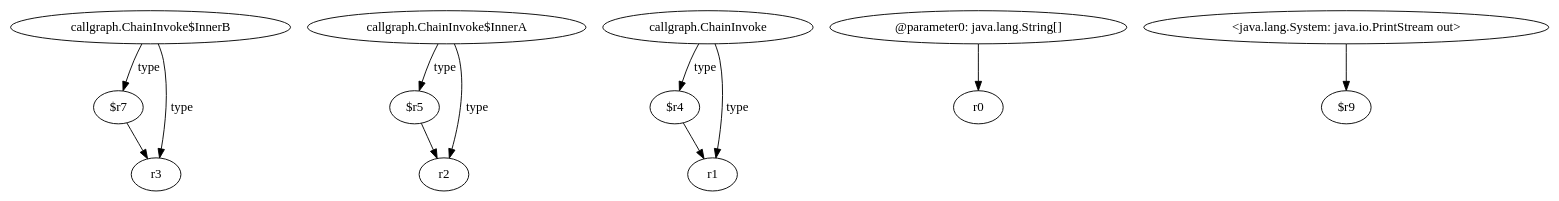
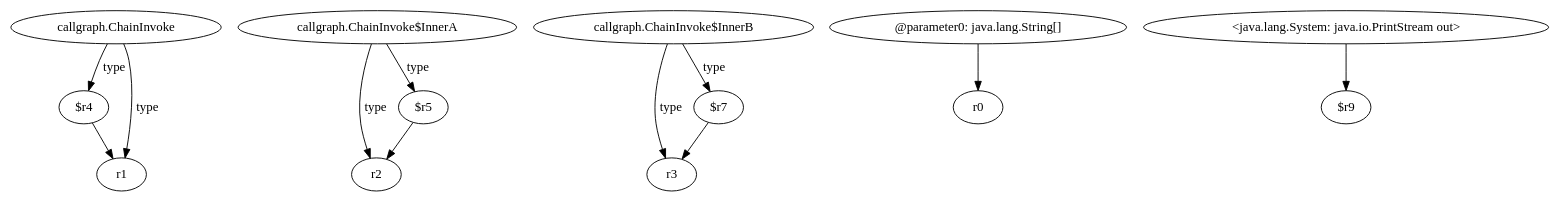
The diagram in relation2/<callgraph.ChainInvoke: void main(java.lang.String[])>.dot (SeanCoek/zString), drawn with Graphviz before and after one commit. The commit also changed 4443 other files, not shown here.

```diff
--- a/relation2/<callgraph.ChainInvoke: void main(java.lang.String[])>.dot
+++ b/relation2/<callgraph.ChainInvoke: void main(java.lang.String[])>.dot
@@ -1,26 +1,26 @@
 digraph g {
-0[label="callgraph.ChainInvoke$InnerB"]
-1[label="$r7"]
+0[label="callgraph.ChainInvoke"]
+1[label="$r4"]
 0->1[label="type"]
-2[label="r3"]
-1->2[label=""]
-3[label="$r5"]
-4[label="r2"]
-3->4[label=""]
-5[label="$r4"]
-6[label="r1"]
-5->6[label=""]
-7[label="callgraph.ChainInvoke$InnerA"]
-7->3[label="type"]
-8[label="callgraph.ChainInvoke"]
-8->6[label="type"]
-7->4[label="type"]
+2[label="callgraph.ChainInvoke$InnerA"]
+3[label="r2"]
+2->3[label="type"]
+4[label="callgraph.ChainInvoke$InnerB"]
+5[label="r3"]
+4->5[label="type"]
+6[label="$r7"]
+6->5[label=""]
+7[label="$r5"]
+7->3[label=""]
+2->7[label="type"]
+8[label="r1"]
+1->8[label=""]
+4->6[label="type"]
 9[label="@parameter0: java.lang.String[]"]
 10[label="r0"]
 9->10[label=""]
 11[label="<java.lang.System: java.io.PrintStream out>"]
 12[label="$r9"]
 11->12[label=""]
-8->5[label="type"]
-0->2[label="type"]
+0->8[label="type"]
 }
```
